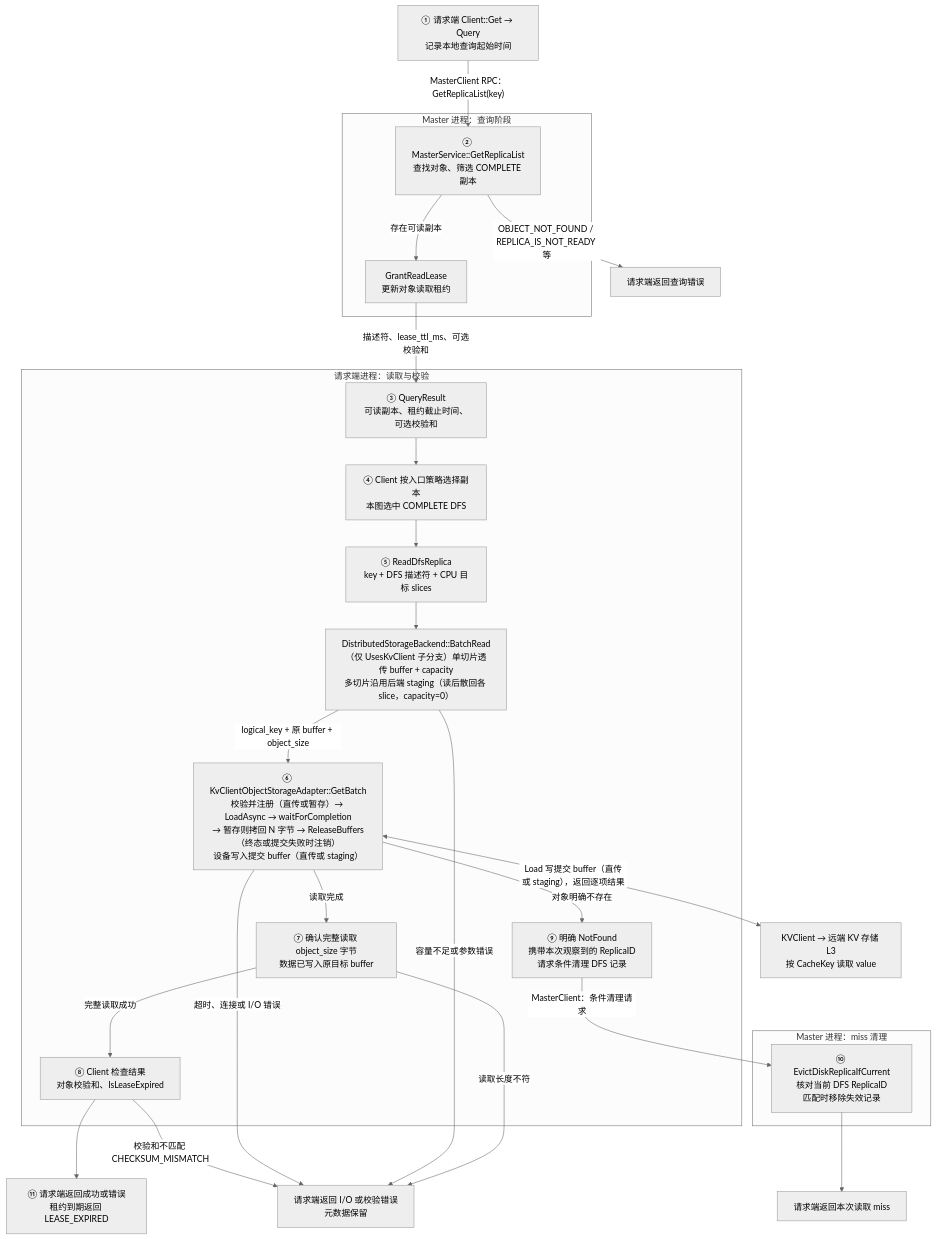
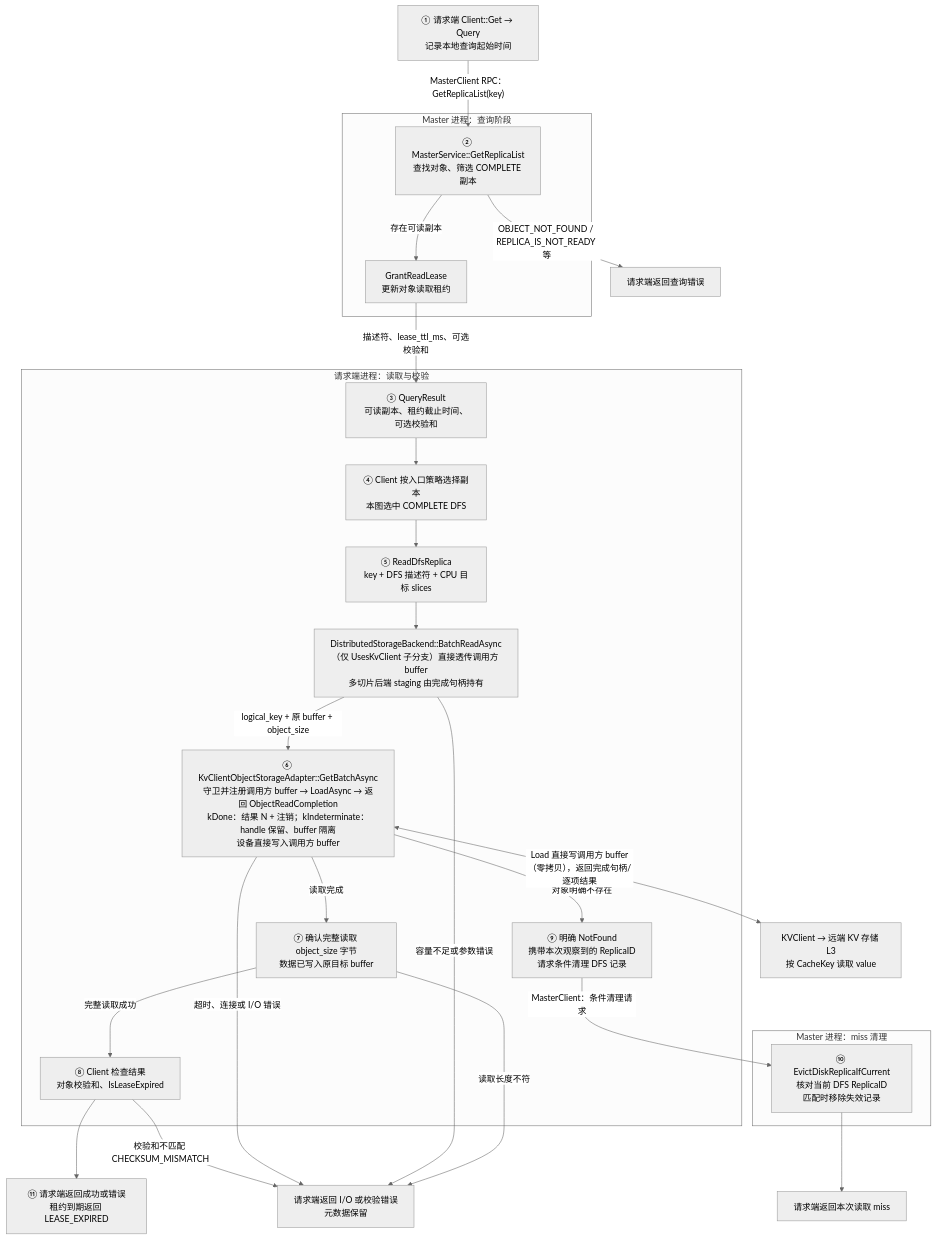
The fifth of 13 diagrams in Mooncake + KVClient L3 接入（Kvcs）- v3.md (zwj20000328-dotcom/Mooncake-documents), drawn with Mermaid (neutral theme) before and after one commit. The commit also changed other lines of this file and 3 other files, not shown here.

````diff
--- a/Mooncake + KVClient L3 接入（Kvcs）- v3.md
+++ b/Mooncake + KVClient L3 接入（Kvcs）- v3.md
@@ -397,52 +399,52 @@
 ```mermaid
 flowchart TB
     Q["① 请求端 Client::Get → Query<br/>记录本地查询起始时间"]
 
     subgraph MasterQuery["Master 进程：查询阶段"]
         GET["② MasterService::GetReplicaList<br/>查找对象、筛选 COMPLETE 副本"]
         LEASE["GrantReadLease<br/>更新对象读取租约"]
 
         GET -->|"存在可读副本"| LEASE
     end
 
     subgraph Request["请求端进程：读取与校验"]
         QR["③ QueryResult<br/>可读副本、租约截止时间、可选校验和"]
         SELECT["④ Client 按入口策略选择副本<br/>本图选中 COMPLETE DFS"]
         READ["⑤ ReadDfsReplica<br/>key + DFS 描述符 + CPU 目标 slices"]
-        B["DistributedStorageBackend::BatchRead<br/>（仅 UsesKvClient 子分支）单切片透传 buffer + capacity<br/>多切片沿用后端 staging（读后散回各 slice，capacity=0）"]
-        D["⑥ KvClientObjectStorageAdapter::GetBatch<br/>校验并注册（直传或暂存）→ LoadAsync → waitForCompletion<br/>→ 暂存则拷回 N 字节 → ReleaseBuffers（终态或提交失败时注销）<br/>设备写入提交 buffer（直传或 staging）"]
+        B["DistributedStorageBackend::BatchReadAsync<br/>（仅 UsesKvClient 子分支）直接透传调用方 buffer<br/>多切片后端 staging 由完成句柄持有"]
+        D["⑥ KvClientObjectStorageAdapter::GetBatchAsync<br/>守卫并注册调用方 buffer → LoadAsync → 返回 ObjectReadCompletion<br/>kDone：结果 N + 注销；kIndeterminate：handle 保留、buffer 隔离<br/>设备直接写入调用方 buffer"]
         VERIFY["⑦ 确认完整读取 object_size 字节<br/>数据已写入原目标 buffer"]
         CHECK["⑧ Client 检查结果<br/>对象校验和、IsLeaseExpired"]
         MISS["⑨ 明确 NotFound<br/>携带本次观察到的 ReplicaID<br/>请求条件清理 DFS 记录"]
 
         QR --> SELECT
         SELECT --> READ
         READ --> B
         B -->|"logical_key + 原 buffer + object_size"| D
         D -->|"读取完成"| VERIFY
         D -->|"对象明确不存在"| MISS
         VERIFY -->|"完整读取成功"| CHECK
     end
 
     subgraph MasterCleanup["Master 进程：miss 清理"]
         EVICT["⑩ EvictDiskReplicaIfCurrent<br/>核对当前 DFS ReplicaID<br/>匹配时移除失效记录"]
     end
 
     RETURN["⑪ 请求端返回成功或错误<br/>租约到期返回 LEASE_EXPIRED"]
     ERROR["请求端返回 I/O 或校验错误<br/>元数据保留"]
     QUERY_FAIL["请求端返回查询错误"]
     MISS_RETURN["请求端返回本次读取 miss"]
     S["KVClient → 远端 KV 存储 L3<br/>按 CacheKey 读取 value"]
 
     Q -->|"MasterClient RPC：GetReplicaList(key)"| GET
     GET -->|"OBJECT_NOT_FOUND / REPLICA_IS_NOT_READY 等"| QUERY_FAIL
     LEASE -->|"描述符、lease_ttl_ms、可选校验和"| QR
-    D <-->|"Load 写提交 buffer（直传或 staging），返回逐项结果"| S
+    D <-->|"Load 直接写调用方 buffer（零拷贝），返回完成句柄/逐项结果"| S
     MISS -->|"MasterClient：条件清理请求"| EVICT
     EVICT --> MISS_RETURN
     CHECK --> RETURN
     CHECK -->|"校验和不匹配 CHECKSUM_MISMATCH"| ERROR
     D -->|"超时、连接或 I/O 错误"| ERROR
     B -->|"容量不足或参数错误"| ERROR
     VERIFY -->|"读取长度不符"| ERROR
 ```
````
